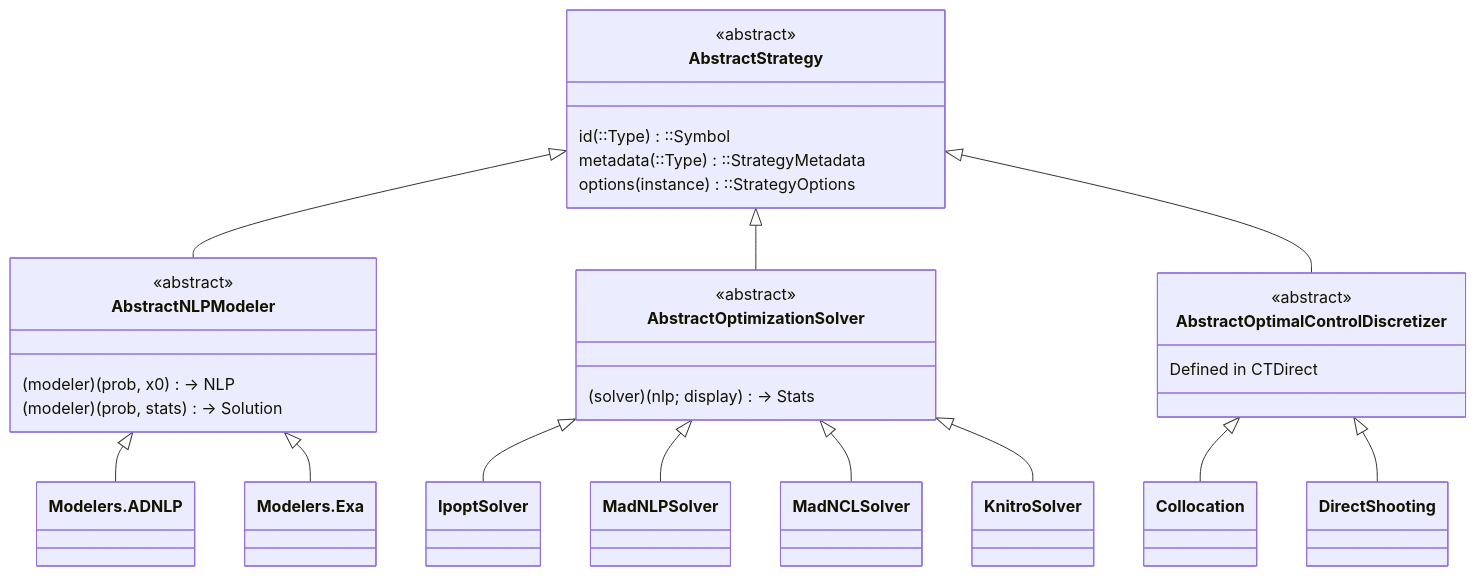
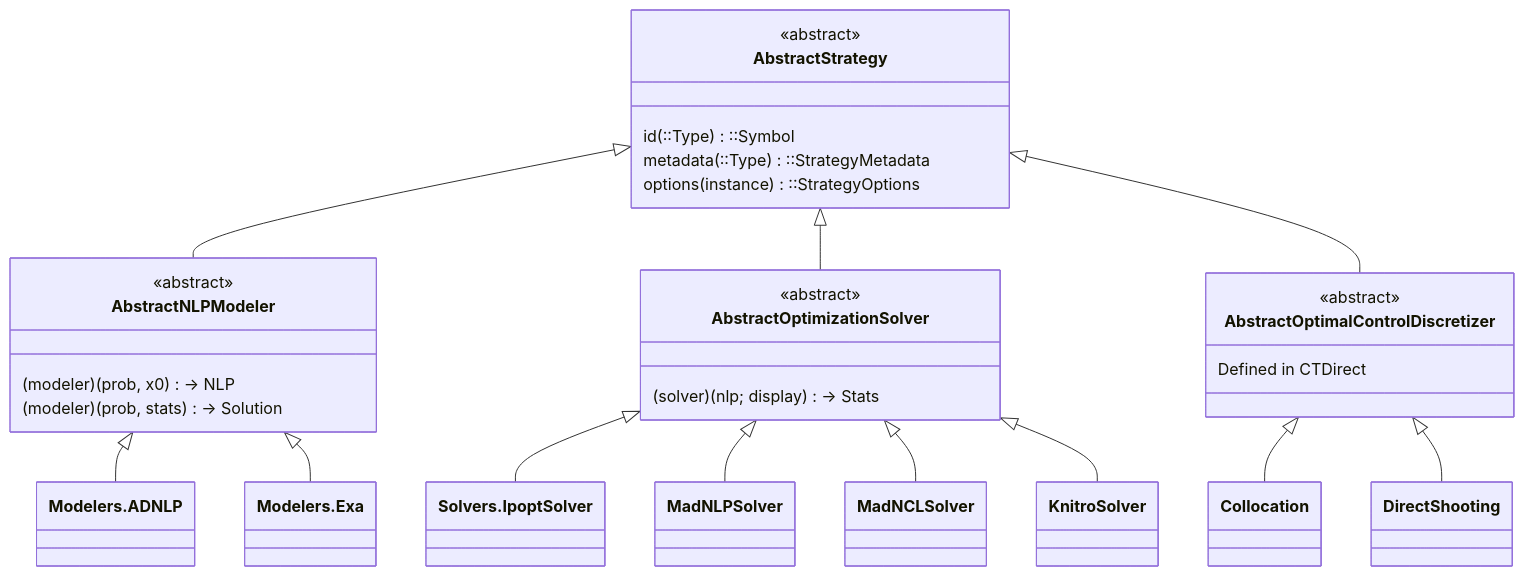
The first of 6 diagrams in docs/src/architecture.md (control-toolbox/CTSolvers.jl), drawn with Mermaid before and after one commit. The commit also changed other lines of this file and 27 other files, not shown here.

````diff
--- a/docs/src/architecture.md
+++ b/docs/src/architecture.md
@@ -44,38 +44,38 @@
 ```mermaid
 classDiagram
     direction TB
     class AbstractStrategy {
         <<abstract>>
         id(::Type)::Symbol
         metadata(::Type)::StrategyMetadata
         options(instance)::StrategyOptions
     }
 
     AbstractStrategy <|-- AbstractNLPModeler
     AbstractStrategy <|-- AbstractOptimizationSolver
     AbstractStrategy <|-- AbstractOptimalControlDiscretizer
 
     class AbstractNLPModeler {
         <<abstract>>
         (modeler)(prob, x0) → NLP
         (modeler)(prob, stats) → Solution
     }
     AbstractNLPModeler <|-- Modelers.ADNLP
     AbstractNLPModeler <|-- Modelers.Exa
 
     class AbstractOptimizationSolver {
         <<abstract>>
         (solver)(nlp; display) → Stats
     }
-    AbstractOptimizationSolver <|-- IpoptSolver
+    AbstractOptimizationSolver <|-- Solvers.IpoptSolver
     AbstractOptimizationSolver <|-- MadNLPSolver
     AbstractOptimizationSolver <|-- MadNCLSolver
     AbstractOptimizationSolver <|-- KnitroSolver
 
     class AbstractOptimalControlDiscretizer {
         <<abstract>>
         Defined in CTDirect
     }
     AbstractOptimalControlDiscretizer <|-- Collocation
     AbstractOptimalControlDiscretizer <|-- DirectShooting
 ```
````
